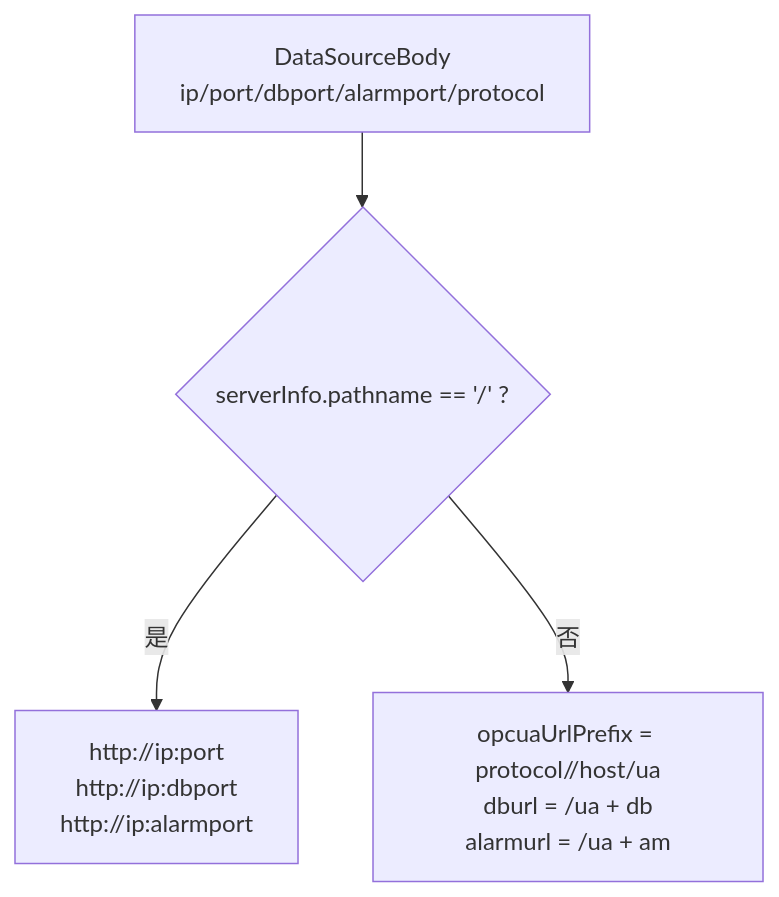
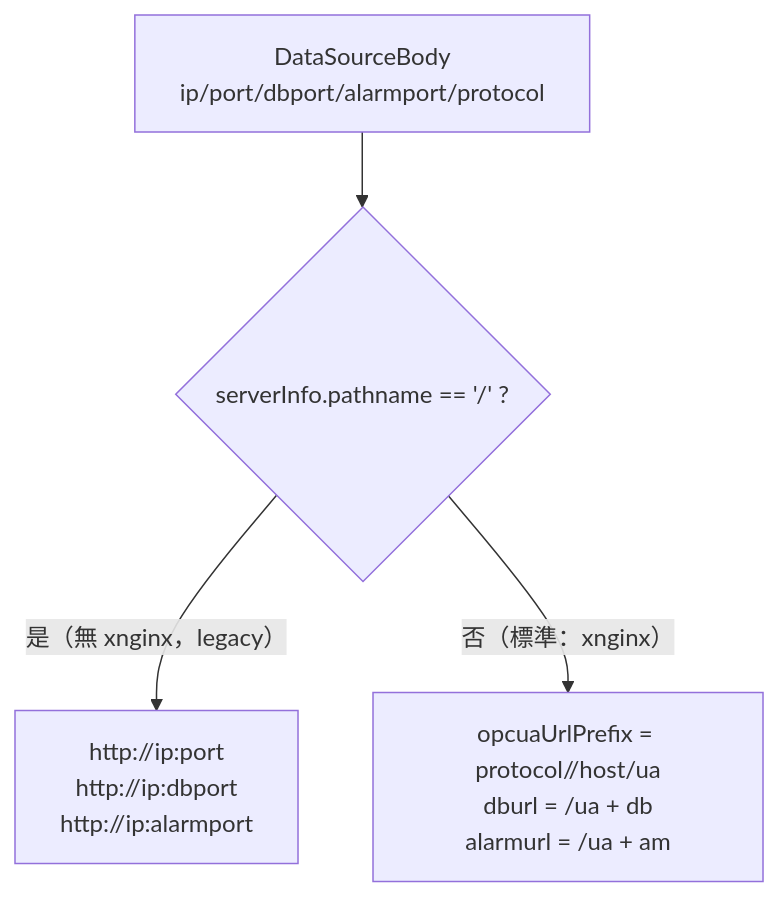
One commit to PochengChen-del/EdgeViewDoc changed the tenth of 14 diagrams in SDS/14_OPCUA_Subsystem_Design.md. Above: the diagram before and after it, drawn with Mermaid. The commit also changed other lines of this file and 19 other files, not shown here.

````diff
--- a/SDS/14_OPCUA_Subsystem_Design.md
+++ b/SDS/14_OPCUA_Subsystem_Design.md
@@ -667,6 +677,6 @@
 ```mermaid
 flowchart TB
     A["DataSourceBody<br/>ip/port/dbport/alarmport/protocol"] --> B{"serverInfo.pathname == '/' ?"}
-    B -->|是| C["http://ip:port<br/>http://ip:dbport<br/>http://ip:alarmport"]
-    B -->|否| D["opcuaUrlPrefix = protocol//host/ua<br/>dburl = /ua + db<br/>alarmurl = /ua + am"]
+    B -->|是（無 xnginx，legacy）| C["http://ip:port<br/>http://ip:dbport<br/>http://ip:alarmport"]
+    B -->|否（標準：xnginx）| D["opcuaUrlPrefix = protocol//host/ua<br/>dburl = /ua + db<br/>alarmurl = /ua + am"]
 ```
````
